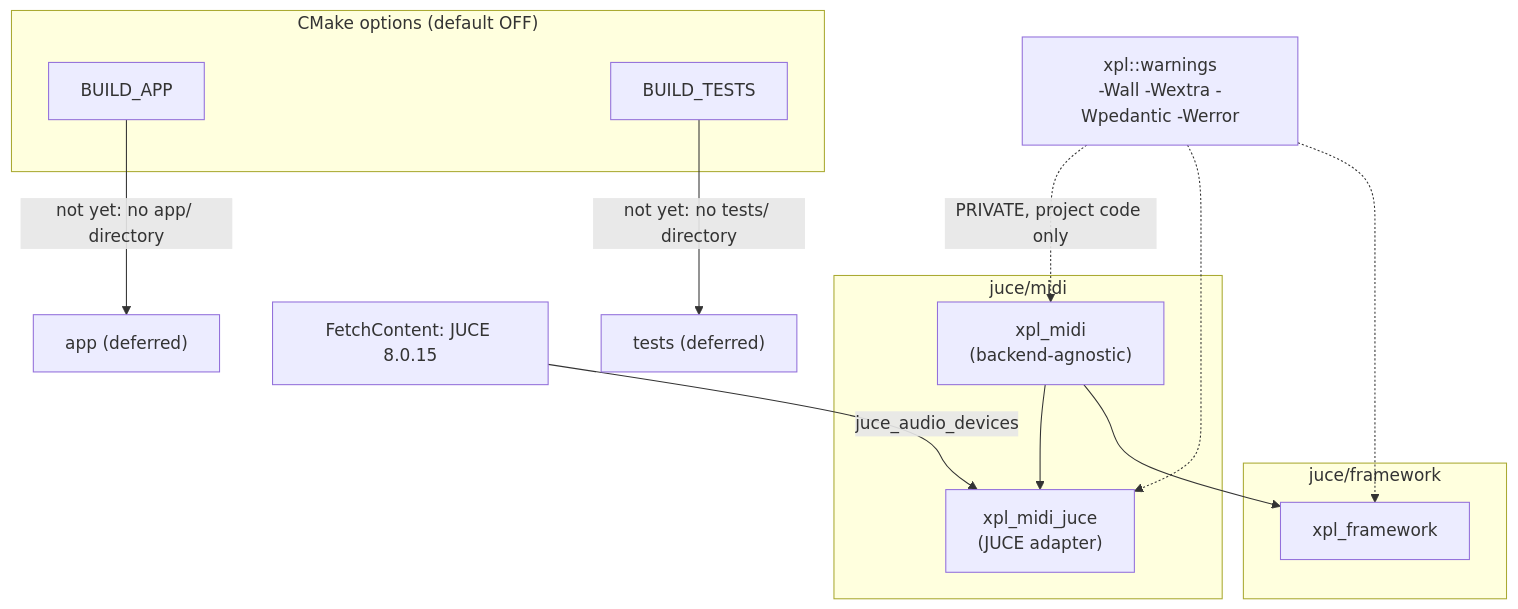
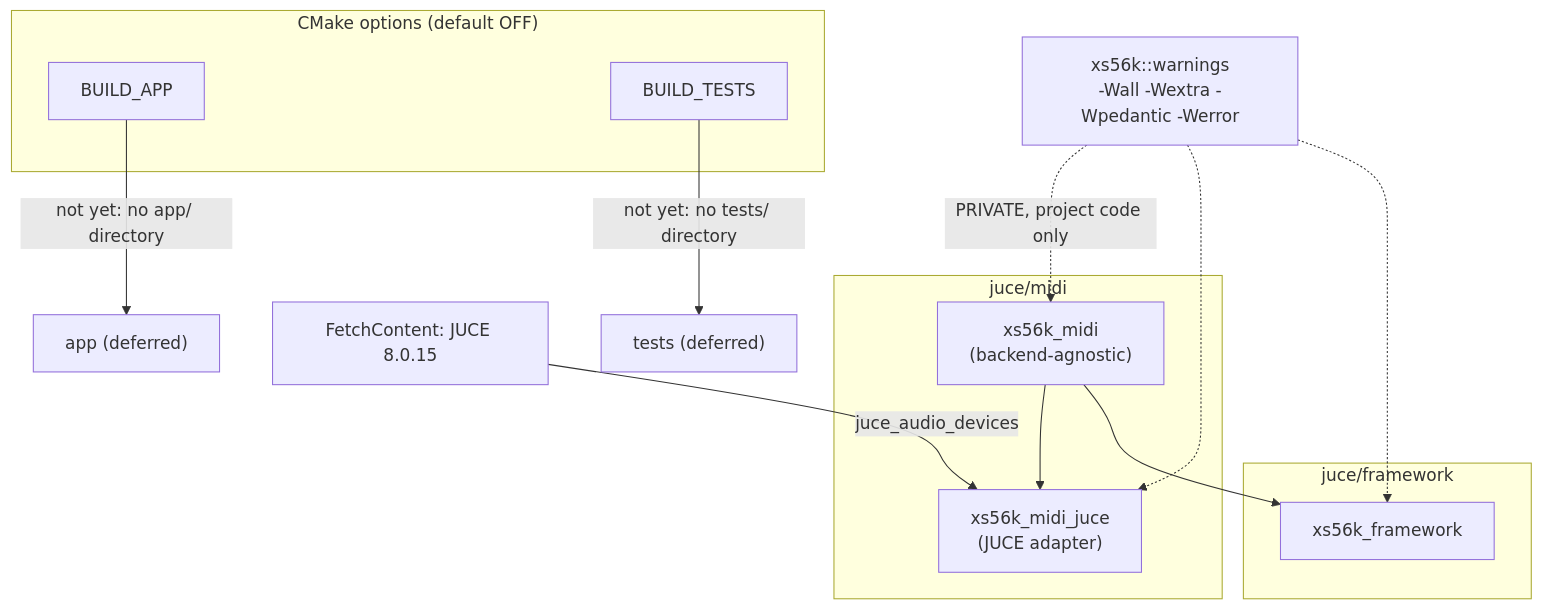
The diagram in process/2.architecture/ADR-BLD-001-juce-cmake-build-foundation.md (xplorer2716/XS56K), drawn with Mermaid before and after one commit. The commit also changed other lines of this file and 9 other files, not shown here.

````diff
--- a/process/2.architecture/ADR-BLD-001-juce-cmake-build-foundation.md
+++ b/process/2.architecture/ADR-BLD-001-juce-cmake-build-foundation.md
@@ -116,29 +117,29 @@
 ```mermaid
 flowchart TD
     subgraph opts["CMake options (default OFF)"]
         APP["BUILD_APP"]
         TST["BUILD_TESTS"]
     end
 
     JUCE["FetchContent: JUCE 8.0.15"]
-    WARN["xpl::warnings\n-Wall -Wextra -Wpedantic -Werror"]
+    WARN["xs56k::warnings\n-Wall -Wextra -Wpedantic -Werror"]
 
     subgraph midi["juce/midi"]
-        M1["xpl_midi\n(backend-agnostic)"]
-        M2["xpl_midi_juce\n(JUCE adapter)"]
+        M1["xs56k_midi\n(backend-agnostic)"]
+        M2["xs56k_midi_juce\n(JUCE adapter)"]
     end
 
     subgraph fmw["juce/framework"]
-        F1["xpl_framework"]
+        F1["xs56k_framework"]
     end
 
     JUCE -->|"juce_audio_devices"| M2
     M1 --> M2
     M1 --> F1
     WARN -.->|"PRIVATE, project code only"| M1
     WARN -.-> M2
     WARN -.-> F1
 
     APP -->|"not yet: no app/ directory"| APPTGT["app (deferred)"]
     TST -->|"not yet: no tests/ directory"| TSTTGT["tests (deferred)"]
 ```
````
